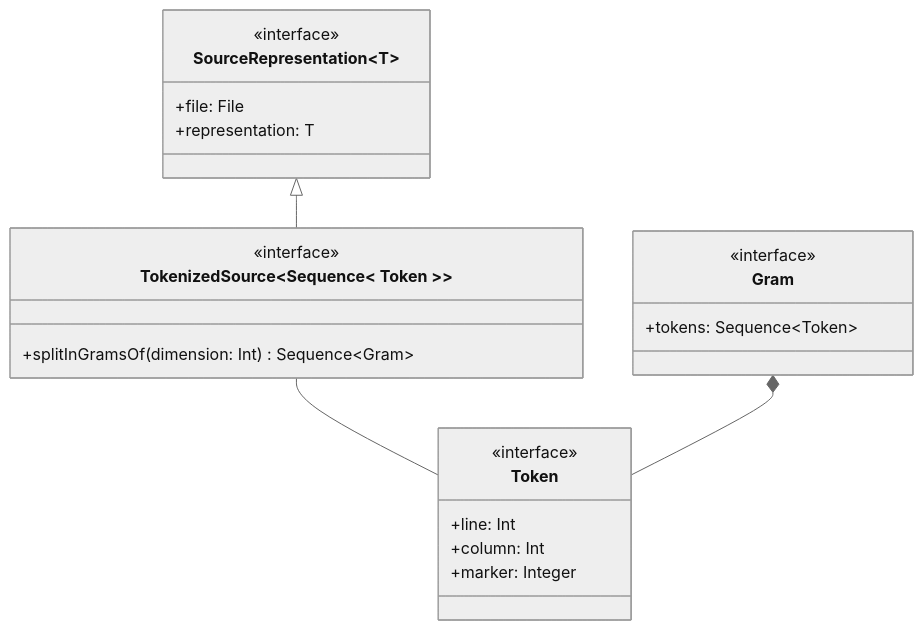
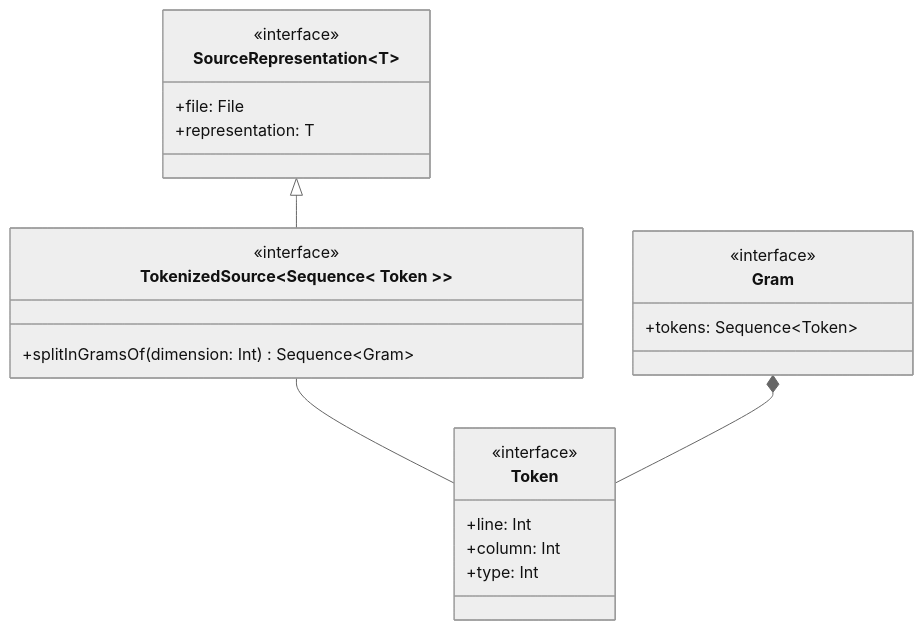
One commit to tassiLuca/code-plagiarism-detector-doc changed the ninth of 12 diagrams in doc.md. Above: the diagram before and after it, drawn with Mermaid (neutral theme). The commit also changed other lines of this file, not shown here.

````diff
--- a/doc.md
+++ b/doc.md
@@ -345,28 +345,28 @@
 ```mermaid
 classDiagram
     direction BT
     class SourceRepresentation~T~ {
         <<interface>>
         +file: File
         +representation: T
     }
     class TokenizedSource~Sequence< Token >~ {
         <<interface>>
         +splitInGramsOf(dimension: Int) Sequence~Gram~
     }
     TokenizedSource --|> SourceRepresentation
 
     class Token {
         <<interface>>
         +line: Int
         +column: Int
-        +marker: Integer
+        +type: Int
     }
     Token -- TokenizedSource
 
     class Gram {
         <<interface>>
         +tokens: Sequence~Token~
     }
     Token --* Gram
 ```
````
